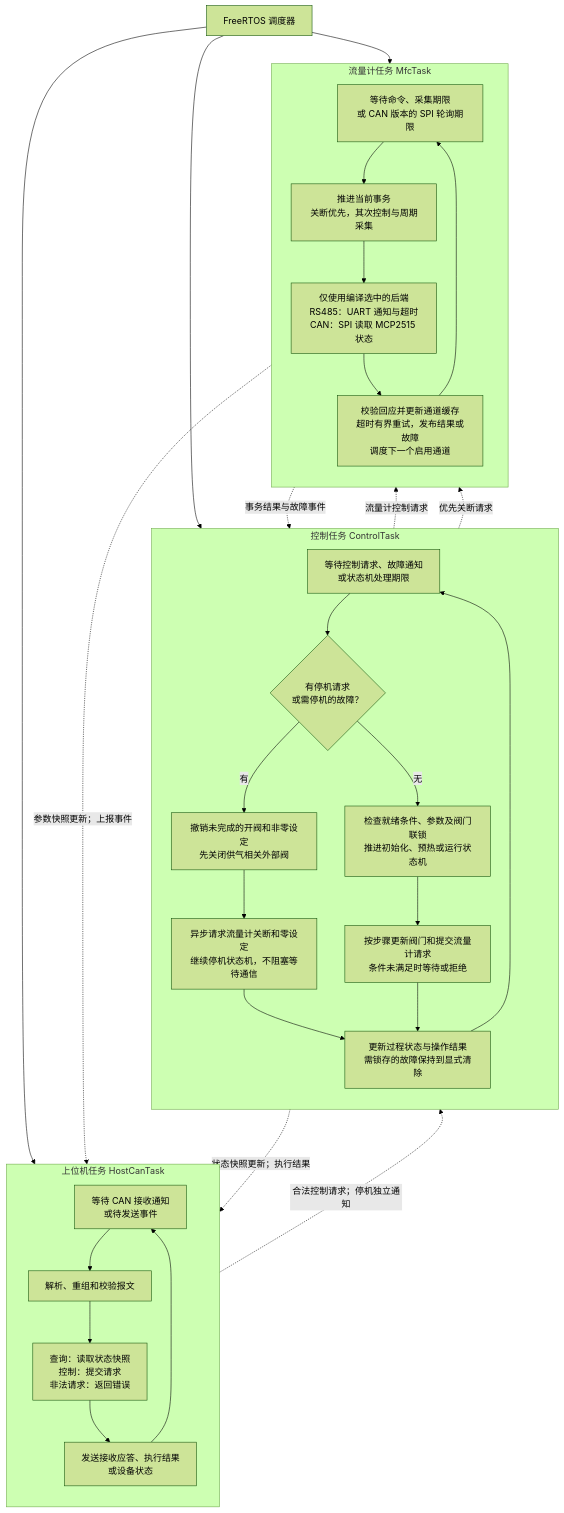
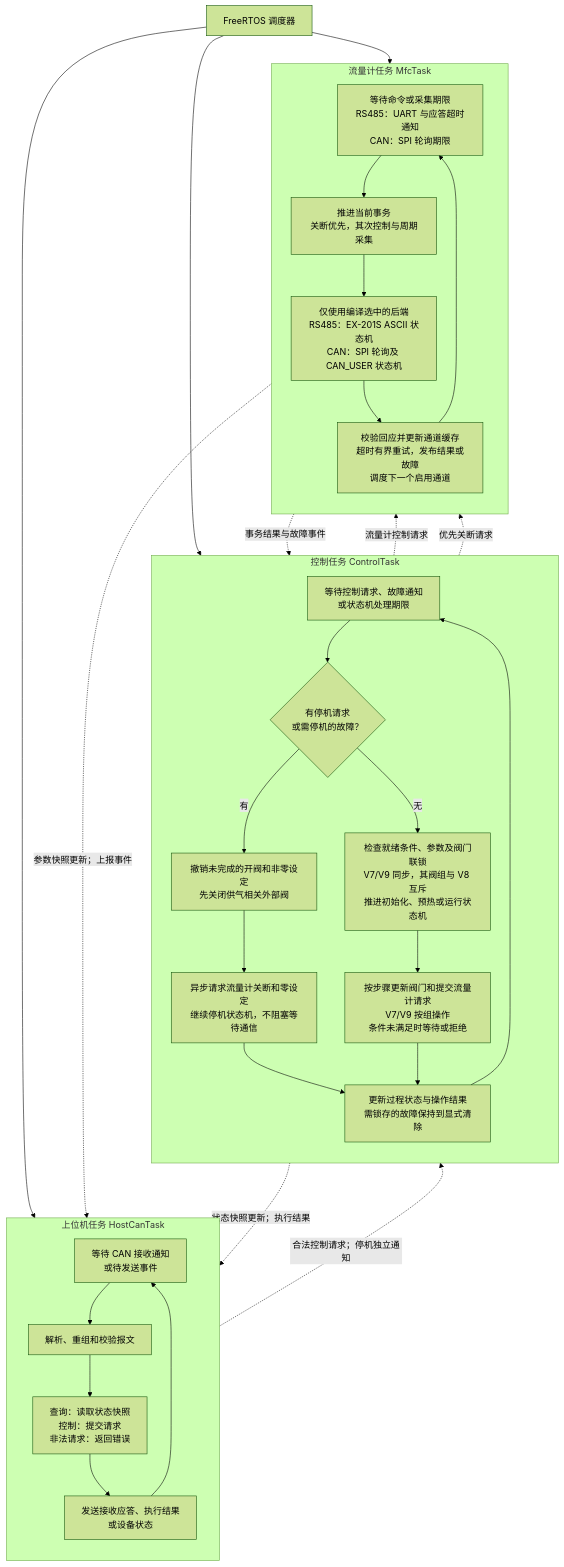
Before and after one commit to WIZYAN/gas-flowmeter-control: the second of 7 diagrams in doc/Design Document/主板软件运行流程-FreeRTOS.md, drawn with Mermaid (forest theme). The commit also changed other lines of this file and 339 other files, not shown here.

````diff
--- a/doc/Design Document/主板软件运行流程-FreeRTOS.md
+++ b/doc/Design Document/主板软件运行流程-FreeRTOS.md
@@ -43,44 +47,44 @@
 ```mermaid
 flowchart TB
     R[FreeRTOS 调度器] --> H0
     R --> C0
     R --> M0
 
     subgraph HOST[上位机任务 HostCanTask]
         direction TB
         H0[等待 CAN 接收通知<br/>或待发送事件]
         H0 --> H1[解析、重组和校验报文]
         H1 --> H2[查询：读取状态快照<br/>控制：提交请求<br/>非法请求：返回错误]
         H2 --> H3[发送接收应答、执行结果<br/>或设备状态]
         H3 --> H0
     end
 
     subgraph CONTROL[控制任务 ControlTask]
         direction TB
         C0[等待控制请求、故障通知<br/>或状态机处理期限]
         C0 --> C1{有停机请求<br/>或需停机的故障？}
         C1 -->|有| C2[撤销未完成的开阀和非零设定<br/>先关闭供气相关外部阀]
         C2 --> C3[异步请求流量计关断和零设定<br/>继续停机状态机，不阻塞等待通信]
-        C1 -->|无| C4[检查就绪条件、参数及阀门联锁<br/>推进初始化、预热或运行状态机]
-        C4 --> C5[按步骤更新阀门和提交流量计请求<br/>条件未满足时等待或拒绝]
+        C1 -->|无| C4[检查就绪条件、参数及阀门联锁<br/>V7/V9 同步，其阀组与 V8 互斥<br/>推进初始化、预热或运行状态机]
+        C4 --> C5[按步骤更新阀门和提交流量计请求<br/>V7/V9 按组操作<br/>条件未满足时等待或拒绝]
         C3 --> C6[更新过程状态与操作结果<br/>需锁存的故障保持到显式清除]
         C5 --> C6
         C6 --> C0
     end
 
     subgraph MFC[流量计任务 MfcTask]
         direction TB
-        M0[等待命令、采集期限<br/>或 CAN 版本的 SPI 轮询期限]
+        M0[等待命令或采集期限<br/>RS485：UART 与应答超时通知<br/>CAN：SPI 轮询期限]
         M0 --> M1[推进当前事务<br/>关断优先，其次控制与周期采集]
-        M1 --> M2[仅使用编译选中的后端<br/>RS485：UART 通知与超时<br/>CAN：SPI 读取 MCP2515 状态]
+        M1 --> M2[仅使用编译选中的后端<br/>RS485：EX-201S ASCII 状态机<br/>CAN：SPI 轮询及 CAN_USER 状态机]
         M2 --> M3[校验回应并更新通道缓存<br/>超时有界重试，发布结果或故障<br/>调度下一个启用通道]
         M3 --> M0
     end
 
     H2 -. 合法控制请求；停机独立通知 .-> C0
     C5 -. 流量计控制请求 .-> M0
     C3 -. 优先关断请求 .-> M0
     M3 -. 事务结果与故障事件 .-> C0
     M3 -. 参数快照更新；上报事件 .-> H0
     C6 -. 状态快照更新；执行结果 .-> H0
 ```
````
